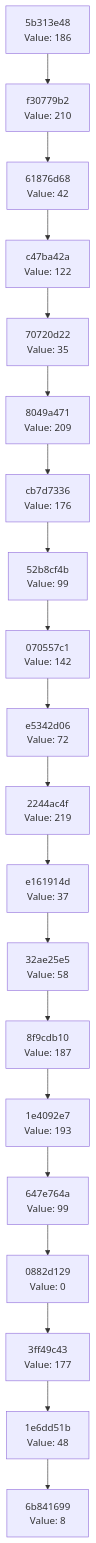
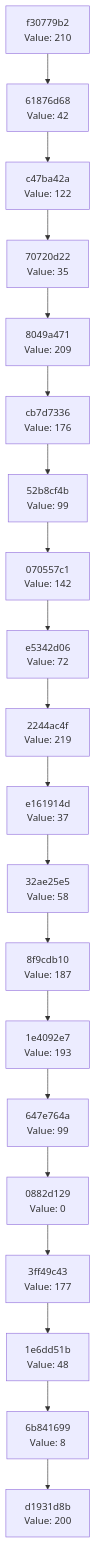
One commit to Abhisheksinha1506/hash-chain-evolver changed the diagram in docs/CHAIN_VISUALIZATION.md. Above: the diagram before and after it, drawn with Mermaid. The commit also changed 3 other files, not shown here.

````diff
--- a/docs/CHAIN_VISUALIZATION.md
+++ b/docs/CHAIN_VISUALIZATION.md
@@ -3,42 +3,42 @@
 ```mermaid
 graph TD
-    C0["6b841699<br/>Value: 8"]
-    C1["1e6dd51b<br/>Value: 48"]
+    C0["d1931d8b<br/>Value: 200"]
+    C1["6b841699<br/>Value: 8"]
     C1 --> C0
-    C2["3ff49c43<br/>Value: 177"]
+    C2["1e6dd51b<br/>Value: 48"]
     C2 --> C1
-    C3["0882d129<br/>Value: 0"]
+    C3["3ff49c43<br/>Value: 177"]
     C3 --> C2
-    C4["647e764a<br/>Value: 99"]
+    C4["0882d129<br/>Value: 0"]
     C4 --> C3
-    C5["1e4092e7<br/>Value: 193"]
+    C5["647e764a<br/>Value: 99"]
     C5 --> C4
-    C6["8f9cdb10<br/>Value: 187"]
+    C6["1e4092e7<br/>Value: 193"]
     C6 --> C5
-    C7["32ae25e5<br/>Value: 58"]
+    C7["8f9cdb10<br/>Value: 187"]
     C7 --> C6
-    C8["e161914d<br/>Value: 37"]
+    C8["32ae25e5<br/>Value: 58"]
     C8 --> C7
-    C9["2244ac4f<br/>Value: 219"]
+    C9["e161914d<br/>Value: 37"]
     C9 --> C8
-    C10["e5342d06<br/>Value: 72"]
+    C10["2244ac4f<br/>Value: 219"]
     C10 --> C9
-    C11["070557c1<br/>Value: 142"]
+    C11["e5342d06<br/>Value: 72"]
     C11 --> C10
-    C12["52b8cf4b<br/>Value: 99"]
+    C12["070557c1<br/>Value: 142"]
     C12 --> C11
-    C13["cb7d7336<br/>Value: 176"]
+    C13["52b8cf4b<br/>Value: 99"]
     C13 --> C12
-    C14["8049a471<br/>Value: 209"]
+    C14["cb7d7336<br/>Value: 176"]
     C14 --> C13
-    C15["70720d22<br/>Value: 35"]
+    C15["8049a471<br/>Value: 209"]
     C15 --> C14
-    C16["c47ba42a<br/>Value: 122"]
+    C16["70720d22<br/>Value: 35"]
     C16 --> C15
-    C17["61876d68<br/>Value: 42"]
+    C17["c47ba42a<br/>Value: 122"]
     C17 --> C16
-    C18["f30779b2<br/>Value: 210"]
+    C18["61876d68<br/>Value: 42"]
     C18 --> C17
-    C19["5b313e48<br/>Value: 186"]
+    C19["f30779b2<br/>Value: 210"]
     C19 --> C18
 ```
````
